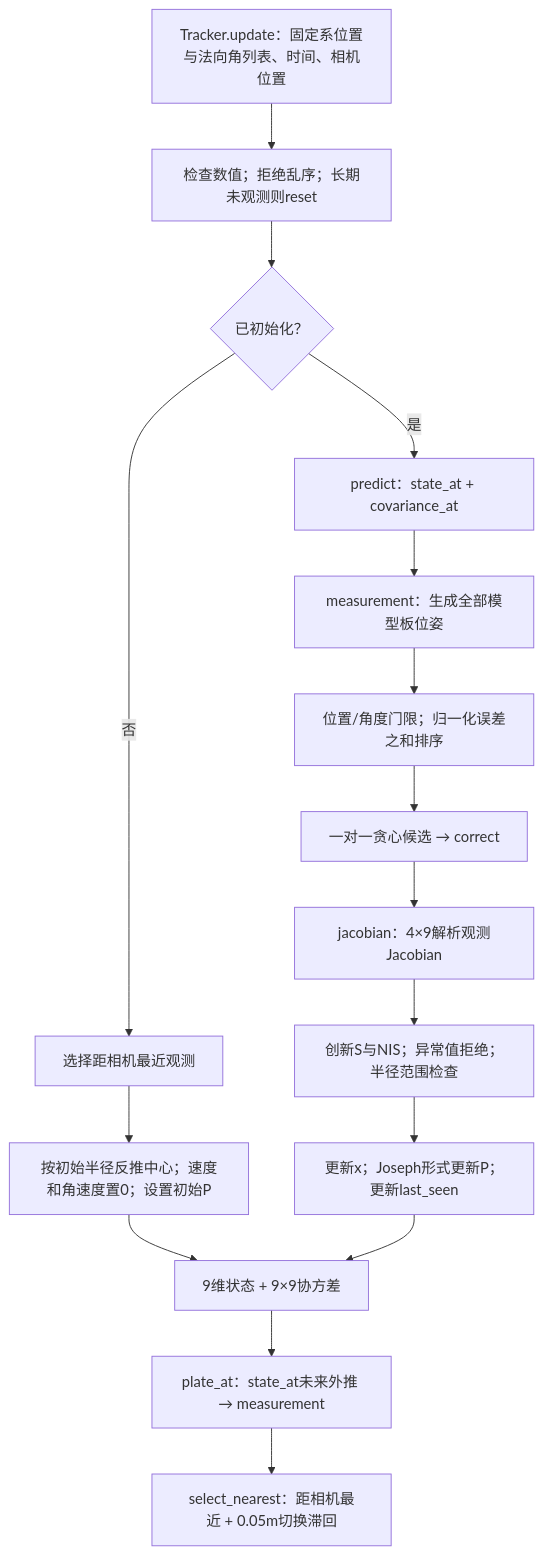
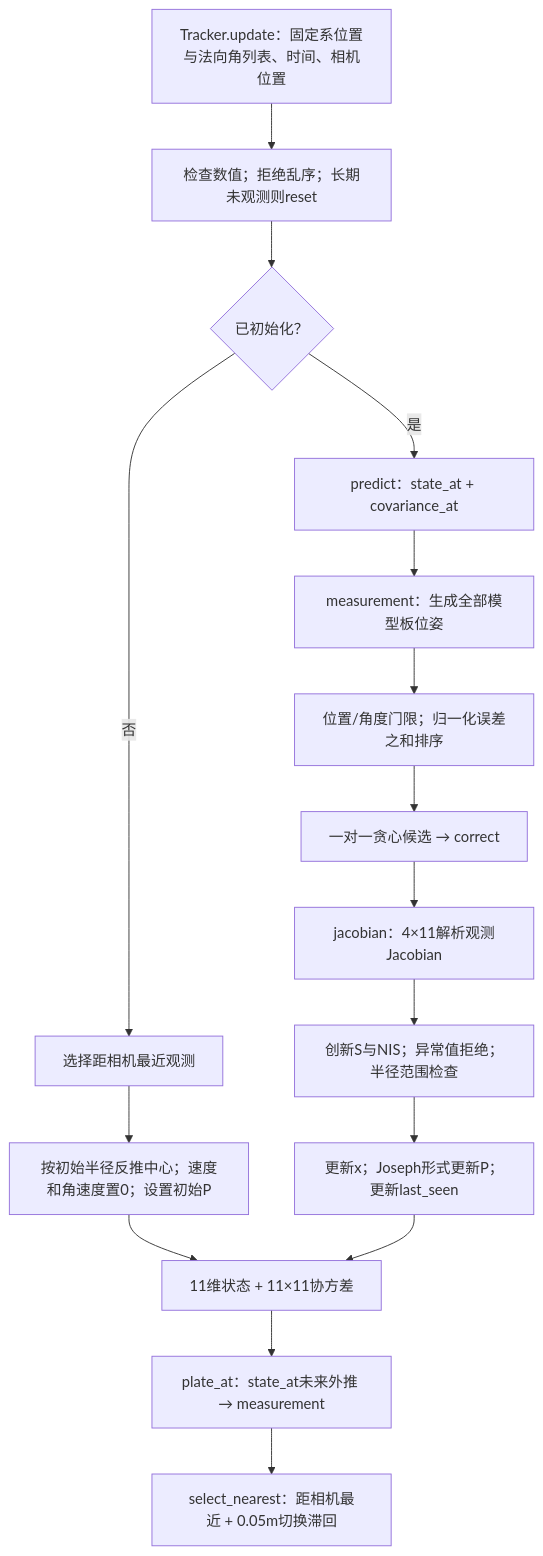
One commit to KrazyKavier123/RM_AA_TEST changed the eighth of 13 diagrams in docs/current_pipeline_analysis.md. Above: the diagram before and after it, drawn with Mermaid. The commit also changed other lines of this file and 87 other files, not shown here.

````diff
--- a/docs/current_pipeline_analysis.md
+++ b/docs/current_pipeline_analysis.md
@@ -268,18 +272,18 @@
 ```mermaid
 flowchart TB
   In["Tracker.update：固定系位置与法向角列表、时间、相机位置"] --> Check["检查数值；拒绝乱序；长期未观测则reset"]
   Check --> Init{"已初始化？"}
   Init -- "否" --> Closest["选择距相机最近观测"]
   Closest --> X0["按初始半径反推中心；速度和角速度置0；设置初始P"]
   Init -- "是" --> Predict["predict：state_at + covariance_at"]
   Predict --> Expected["measurement：生成全部模型板位姿"]
   Expected --> Pair["位置/角度门限；归一化误差之和排序"]
   Pair --> Correct["一对一贪心候选 → correct"]
-  Correct --> H["jacobian：4×9解析观测Jacobian"]
+  Correct --> H["jacobian：4×11解析观测Jacobian"]
   H --> NIS["创新S与NIS；异常值拒绝；半径范围检查"]
   NIS --> Joseph["更新x；Joseph形式更新P；更新last_seen"]
-  X0 --> State["9维状态 + 9×9协方差"]
+  X0 --> State["11维状态 + 11×11协方差"]
   Joseph --> State
   State --> PredictPlate["plate_at：state_at未来外推 → measurement"]
   PredictPlate --> Select["select_nearest：距相机最近 + 0.05m切换滞回"]
 ```
````
